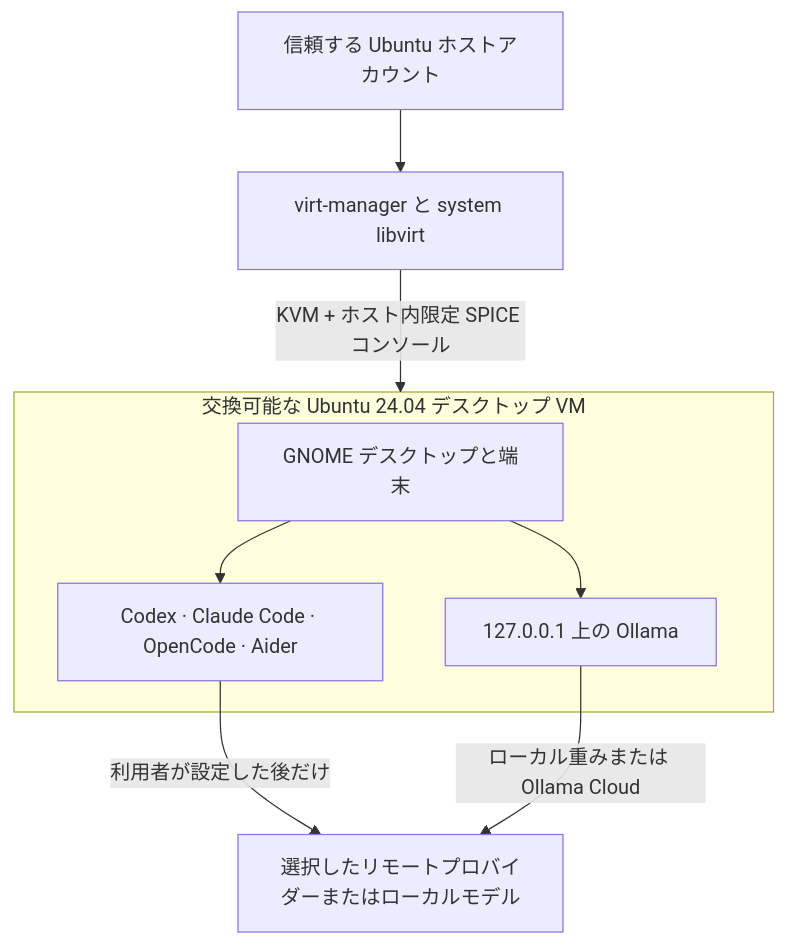
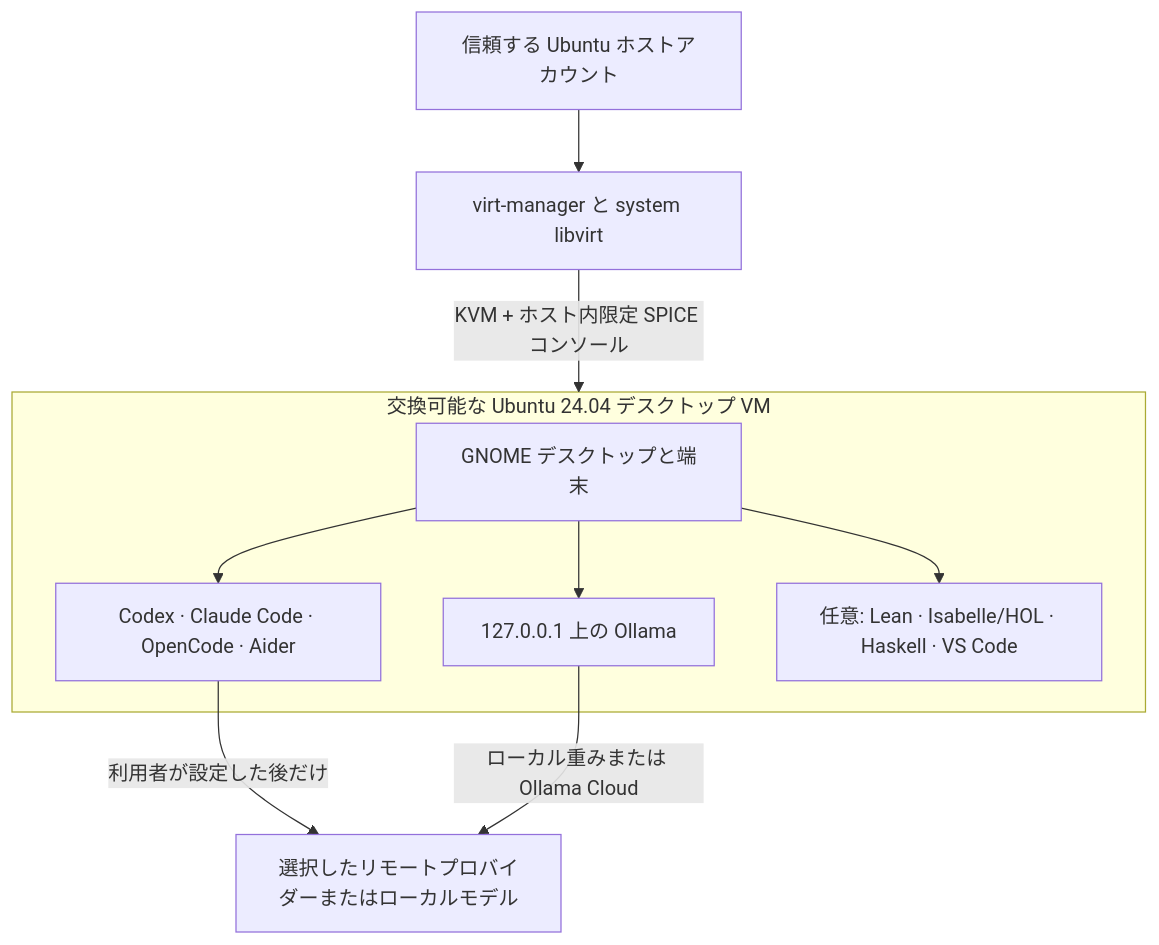
One commit to yutakang/agent-vm changed the diagram in README_jp.md. Above: the diagram before and after it, drawn with Mermaid. The commit also changed other lines of this file and 14 other files, not shown here.

````diff
--- a/README_jp.md
+++ b/README_jp.md
@@ -42,20 +52,22 @@
 ```mermaid
 flowchart TB
     H["信頼する Ubuntu ホストアカウント"]
     M["virt-manager と system libvirt"]
 
     subgraph V["交換可能な Ubuntu 24.04 デスクトップ VM"]
         D["GNOME デスクトップと端末"]
         A["Codex · Claude Code · OpenCode · Aider"]
         O["127.0.0.1 上の Ollama"]
+        F["任意: Lean · Isabelle/HOL · Haskell · VS Code"]
         D --> A
         D --> O
+        D --> F
     end
 
     P["選択したリモートプロバイダーまたはローカルモデル"]
 
     H --> M
     M -->|"KVM + ホスト内限定 SPICE コンソール"| V
     A -->|"利用者が設定した後だけ"| P
     O -->|"ローカル重みまたは Ollama Cloud"| P
 ```
````
